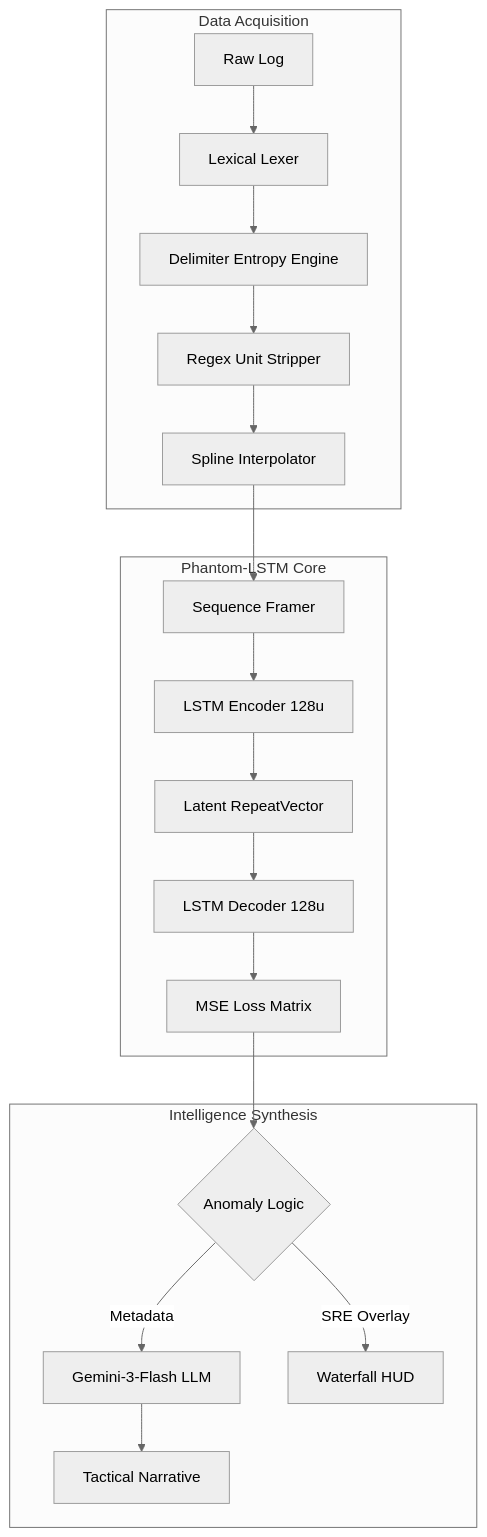
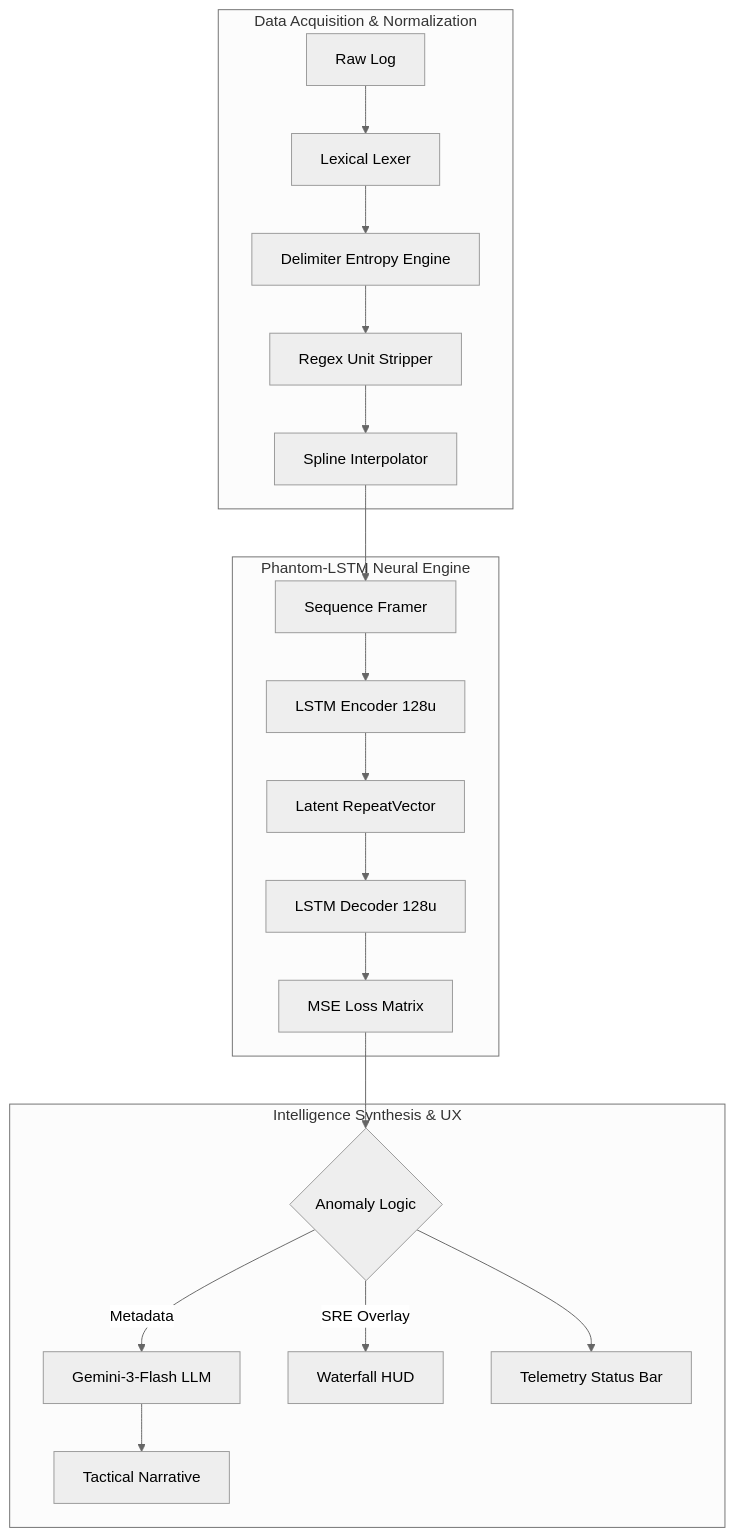
One commit to ritvikindupuri/PhantomBand changed the diagram in TECHNICAL_DOCUMENTATION.md. Above: the diagram before and after it, drawn with Mermaid (neutral theme). The commit also changed other lines of this file and 1 other file, not shown here.

````diff
--- a/TECHNICAL_DOCUMENTATION.md
+++ b/TECHNICAL_DOCUMENTATION.md
@@ -19,24 +19,25 @@
 ```mermaid
 graph TD
-    subgraph Layer_1_Ingestion [Data Acquisition]
+    subgraph Layer_1_Ingestion [Data Acquisition & Normalization]
         A1[Raw Log] --> B1[Lexical Lexer]
         B1 --> B2[Delimiter Entropy Engine]
         B2 --> B3[Regex Unit Stripper]
         B3 --> B4[Spline Interpolator]
     end
 
-    subgraph Layer_2_ML_Core [Phantom-LSTM Core]
+    subgraph Layer_2_ML_Core [Phantom-LSTM Neural Engine]
         B4 --> C1[Sequence Framer]
         C1 --> C2[LSTM Encoder 128u]
         C2 --> C3[Latent RepeatVector]
         C3 --> C4[LSTM Decoder 128u]
         C4 --> C5[MSE Loss Matrix]
     end
 
-    subgraph Layer_3_HUD [Intelligence Synthesis]
+    subgraph Layer_3_HUD [Intelligence Synthesis & UX]
         C5 --> D1{Anomaly Logic}
         D1 -->|Metadata| E1[Gemini-3-Flash LLM]
         D1 -->|SRE Overlay| F1[Waterfall HUD]
         E1 --> G1[Tactical Narrative]
+        D1 --> H1[Telemetry Status Bar]
     end
 ```
````
